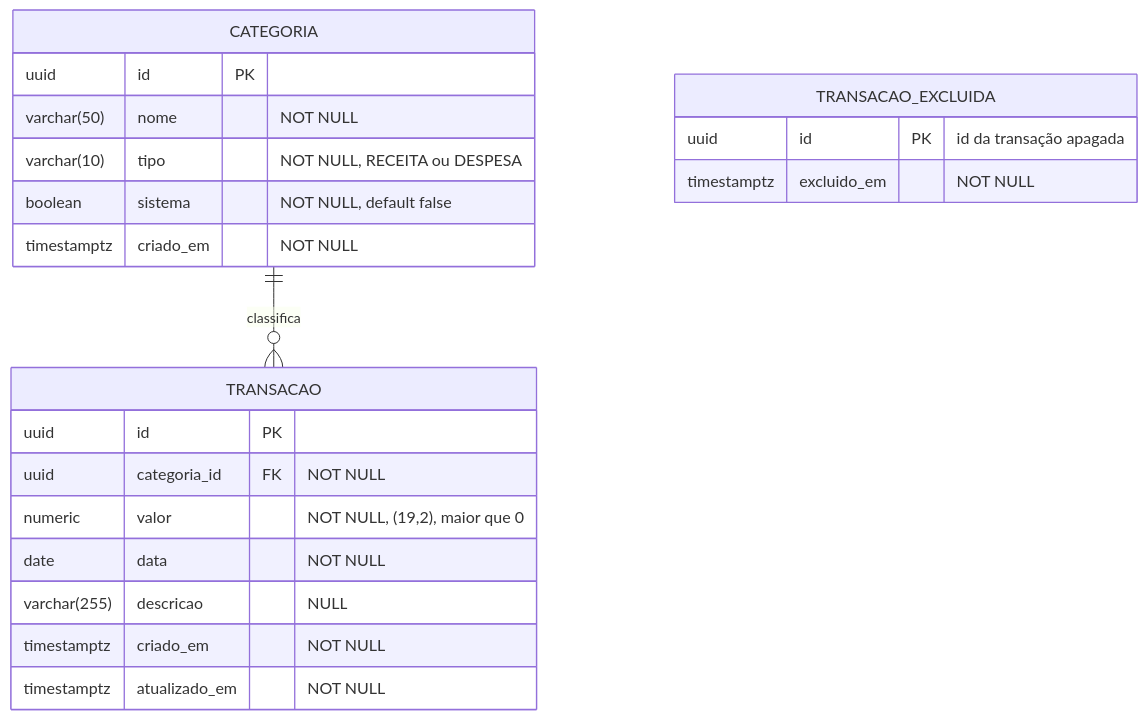
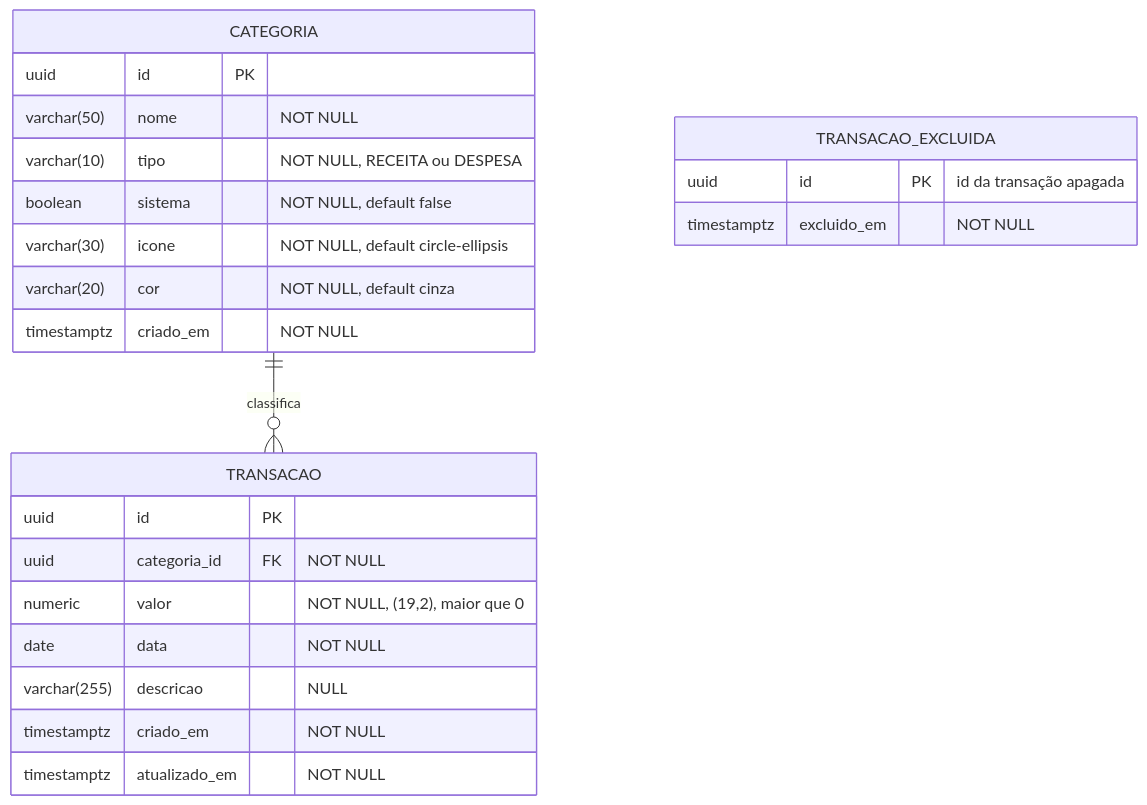
Before and after one commit to IgorPacheco1/Easy-finance: the first of 2 diagrams in docs/architecture/domain-model.md, drawn with Mermaid. The commit also changed other lines of this file and 17 other files, not shown here.

````diff
--- a/docs/architecture/domain-model.md
+++ b/docs/architecture/domain-model.md
@@ -33,27 +33,29 @@
 ```mermaid
 erDiagram
     CATEGORIA ||--o{ TRANSACAO : "classifica"
 
     CATEGORIA {
         uuid id PK
         varchar(50) nome "NOT NULL"
         varchar(10) tipo "NOT NULL, RECEITA ou DESPESA"
         boolean sistema "NOT NULL, default false"
+        varchar(30) icone "NOT NULL, default circle-ellipsis"
+        varchar(20) cor "NOT NULL, default cinza"
         timestamptz criado_em "NOT NULL"
     }
 
     TRANSACAO {
         uuid id PK
         uuid categoria_id FK "NOT NULL"
         numeric valor "NOT NULL, (19,2), maior que 0"
         date data "NOT NULL"
         varchar(255) descricao "NULL"
         timestamptz criado_em "NOT NULL"
         timestamptz atualizado_em "NOT NULL"
     }
 
     TRANSACAO_EXCLUIDA {
         uuid id PK "id da transação apagada"
         timestamptz excluido_em "NOT NULL"
     }
 ```
````
